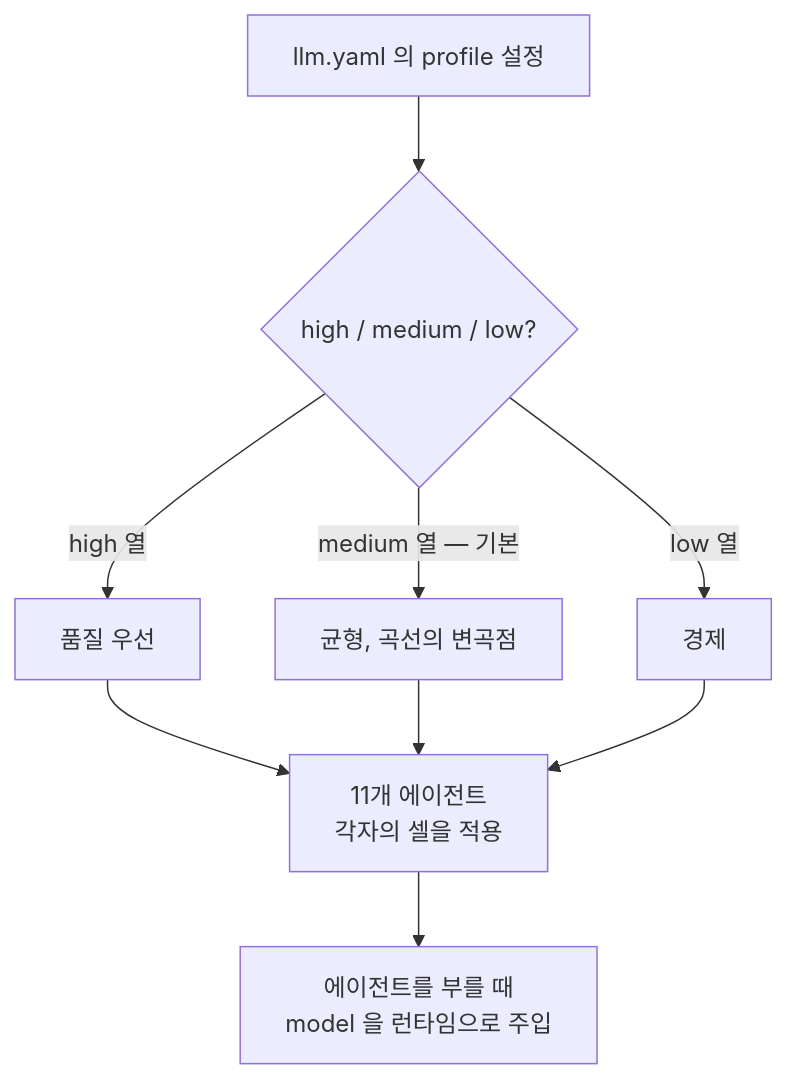
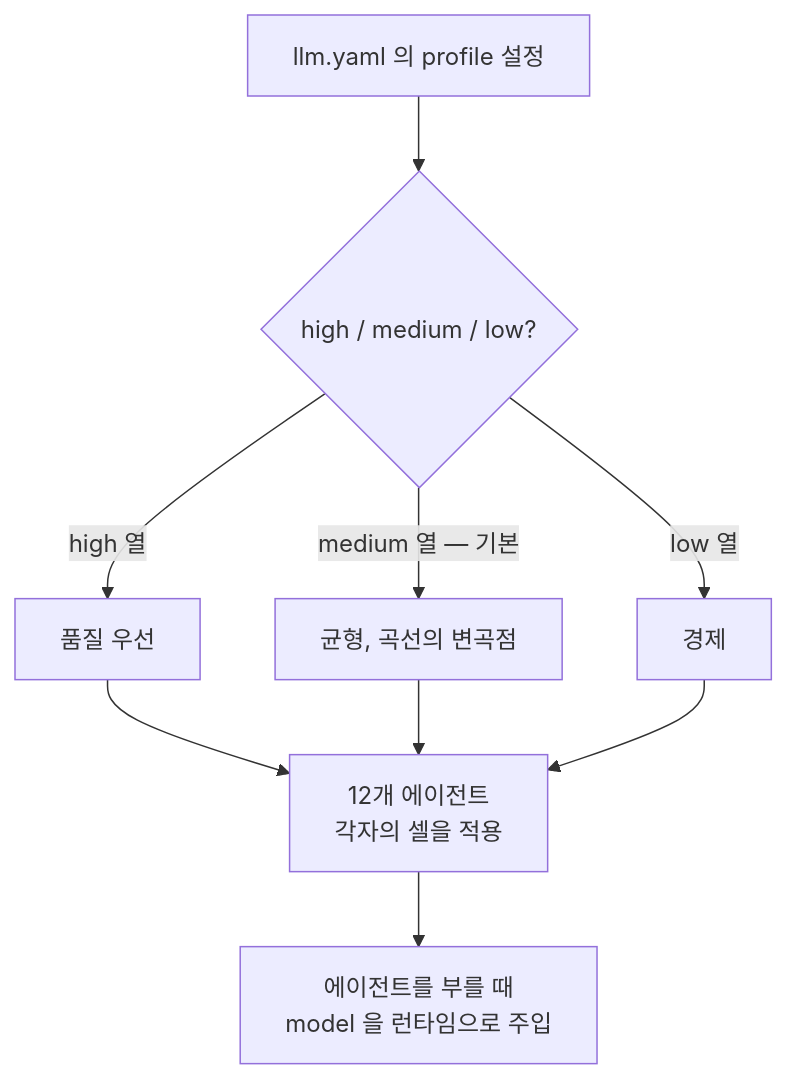
The first of 2 diagrams in docs-site/content/ko/advanced/profile-matrix.md (modu-ai/moai-adk), drawn with Mermaid before and after one commit. The commit also changed other lines of this file and 65 other files, not shown here.

````diff
--- a/docs-site/content/ko/advanced/profile-matrix.md
+++ b/docs-site/content/ko/advanced/profile-matrix.md
@@ -53,11 +54,11 @@
 ```mermaid
 flowchart TD
     A["llm.yaml 의 profile 설정"] --> B{"high / medium / low?"}
     B -->|high 열| C["품질 우선"]
     B -->|medium 열 — 기본| D["균형, 곡선의 변곡점"]
     B -->|low 열| E["경제"]
-    C --> F["11개 에이전트<br/>각자의 셀을 적용"]
+    C --> F["12개 에이전트<br/>각자의 셀을 적용"]
     D --> F
     E --> F
     F --> G["에이전트를 부를 때<br/>model 을 런타임으로 주입"]
 ```
````
